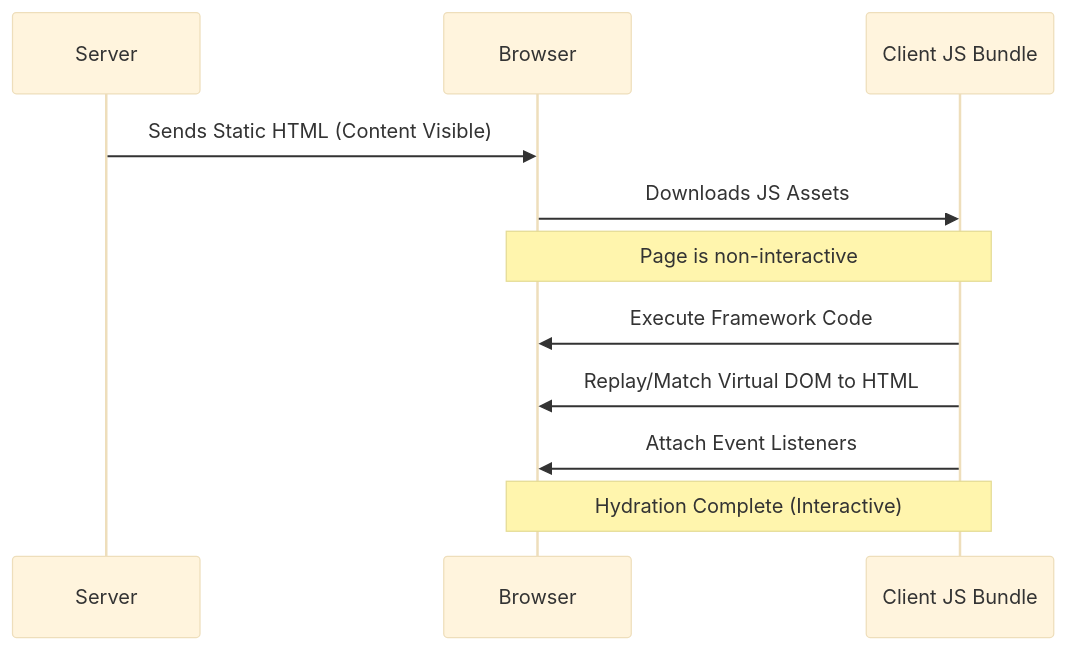
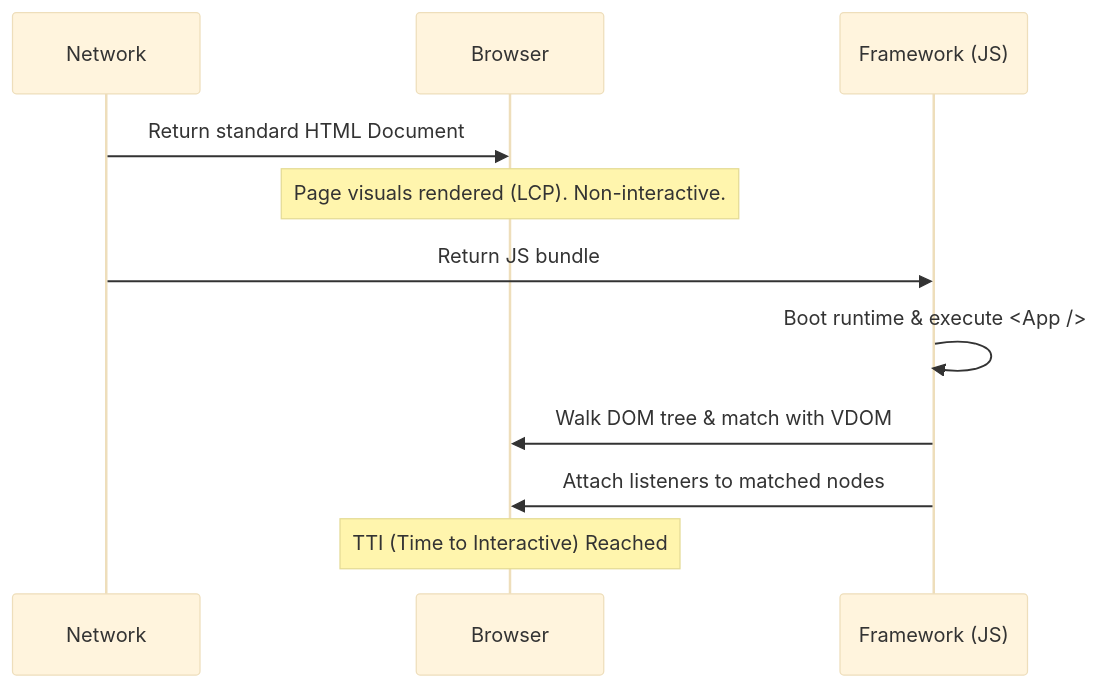
One commit to prakharp18/fdsheet changed the diagram in docs/frontend/hydration.md. Above: the diagram before and after it, drawn with Mermaid (base theme). The commit also changed other lines of this file and 9 other files, not shown here.

````diff
--- a/docs/frontend/hydration.md
+++ b/docs/frontend/hydration.md
@@ -23,14 +23,14 @@
 ```mermaid
 sequenceDiagram
-    participant S as Server
-    participant B as Browser
-    participant JS as Client JS Bundle
+    participant Network
+    participant Browser
+    participant Framework (JS)
 
-    S->>B: Sends Static HTML (Content Visible)
-    B->>JS: Downloads JS Assets
-    Note over B,JS: Page is non-interactive
-    JS->>B: Execute Framework Code
-    JS->>B: Replay/Match Virtual DOM to HTML
-    JS->>B: Attach Event Listeners
-    Note over B,JS: Hydration Complete (Interactive)
+    Network->>Browser: Return standard HTML Document
+    Note over Browser: Page visuals rendered (LCP). Non-interactive.
+    Network->>Framework (JS): Return JS bundle
+    Framework (JS)->>Framework (JS): Boot runtime & execute <App />
+    Framework (JS)->>Browser: Walk DOM tree & match with VDOM
+    Framework (JS)->>Browser: Attach listeners to matched nodes
+    Note over Browser: TTI (Time to Interactive) Reached
 ```
````
